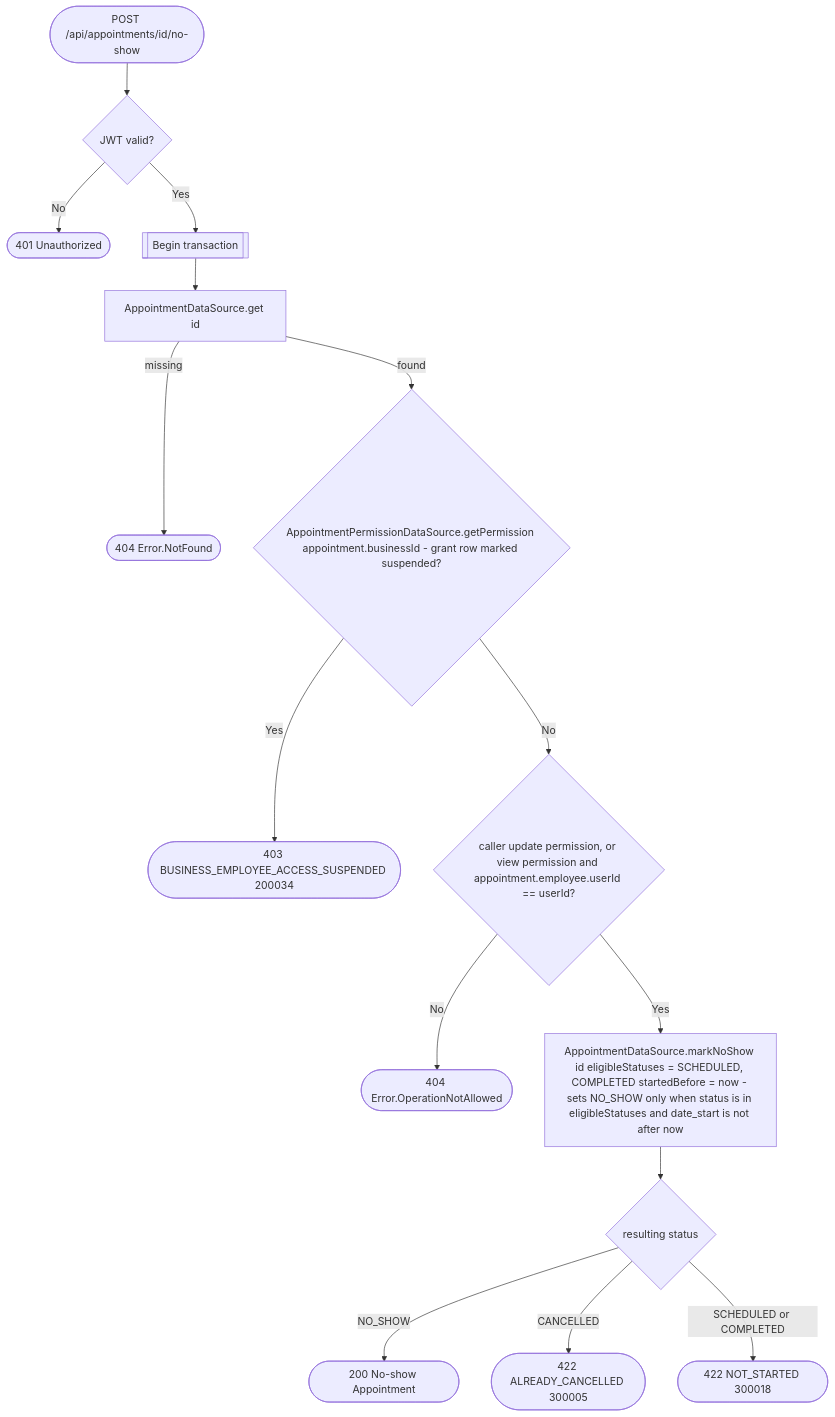
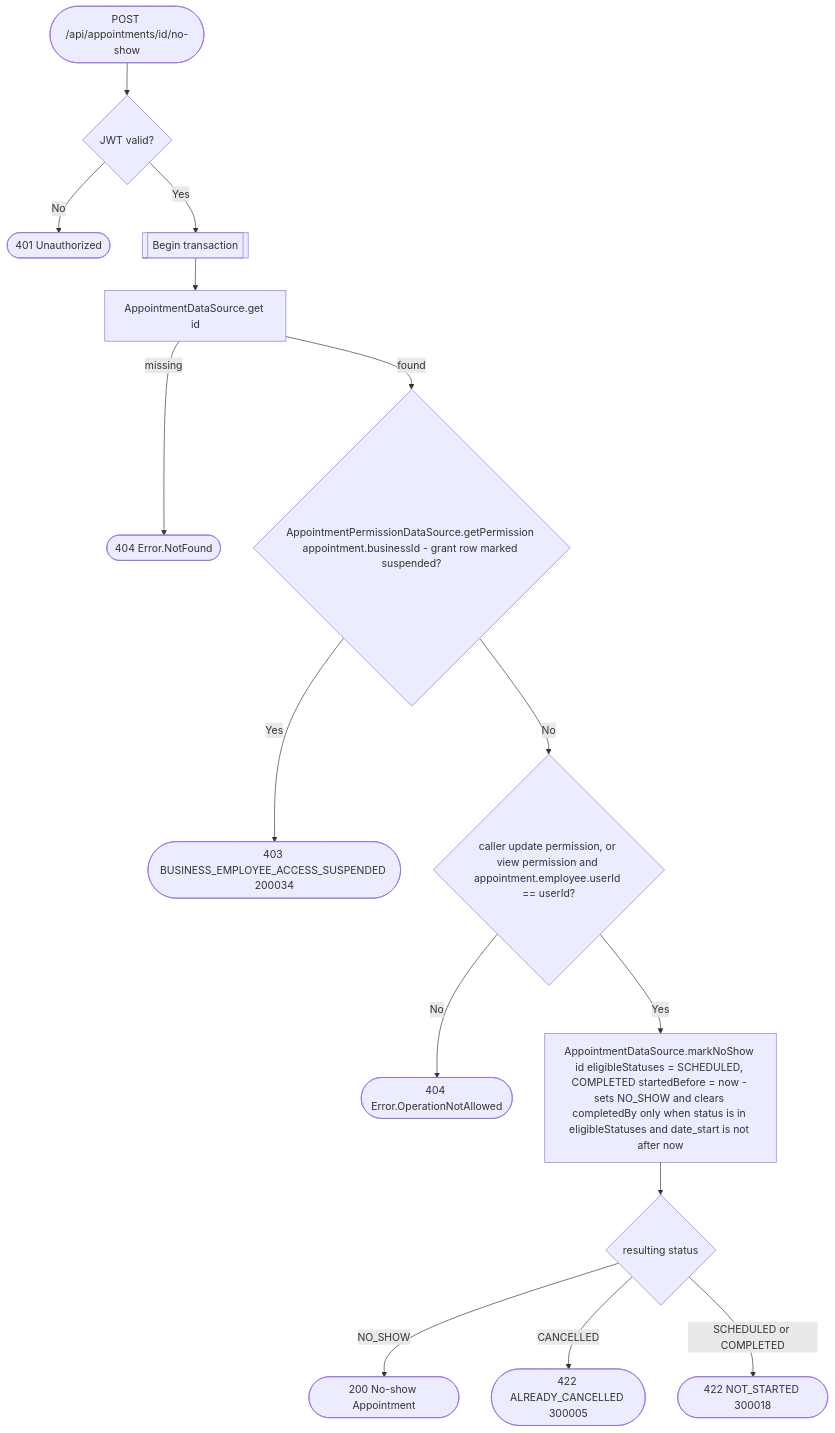
Before and after one commit to an22/bookk.me-backend: the diagram in docs/operations/appointments/mark-appointment-no-show.md, drawn with Mermaid. The commit also changed other lines of this file and 31 other files, not shown here.

````diff
--- a/docs/operations/appointments/mark-appointment-no-show.md
+++ b/docs/operations/appointments/mark-appointment-no-show.md
@@ -19,17 +22,17 @@
 ```mermaid
 flowchart TD
     Start([POST /api/appointments/id/no-show]) --> Auth{JWT valid?}
     Auth -- No --> R401([401 Unauthorized])
     Auth -- Yes --> Tx[[Begin transaction]]
     Tx --> Get[AppointmentDataSource.get id]
     Get -- missing --> R404a([404 Error.NotFound])
     Get -- found --> Suspended{AppointmentPermissionDataSource.getPermission appointment.businessId - grant row marked suspended?}
     Suspended -- Yes --> R403s([403 BUSINESS_EMPLOYEE_ACCESS_SUSPENDED 200034])
     Suspended -- No --> Perm{caller update permission, or view permission and appointment.employee.userId == userId?}
     Perm -- No --> R404b([404 Error.OperationNotAllowed])
-    Perm -- Yes --> Mark[AppointmentDataSource.markNoShow id eligibleStatuses = SCHEDULED, COMPLETED startedBefore = now - sets NO_SHOW only when status is in eligibleStatuses and date_start is not after now]
+    Perm -- Yes --> Mark[AppointmentDataSource.markNoShow id eligibleStatuses = SCHEDULED, COMPLETED startedBefore = now - sets NO_SHOW and clears completedBy only when status is in eligibleStatuses and date_start is not after now]
     Mark --> Status{resulting status}
     Status -- NO_SHOW --> R200([200 No-show Appointment])
     Status -- CANCELLED --> R422a([422 ALREADY_CANCELLED 300005])
     Status -- SCHEDULED or COMPLETED --> R422b([422 NOT_STARTED 300018])
 ```
````
